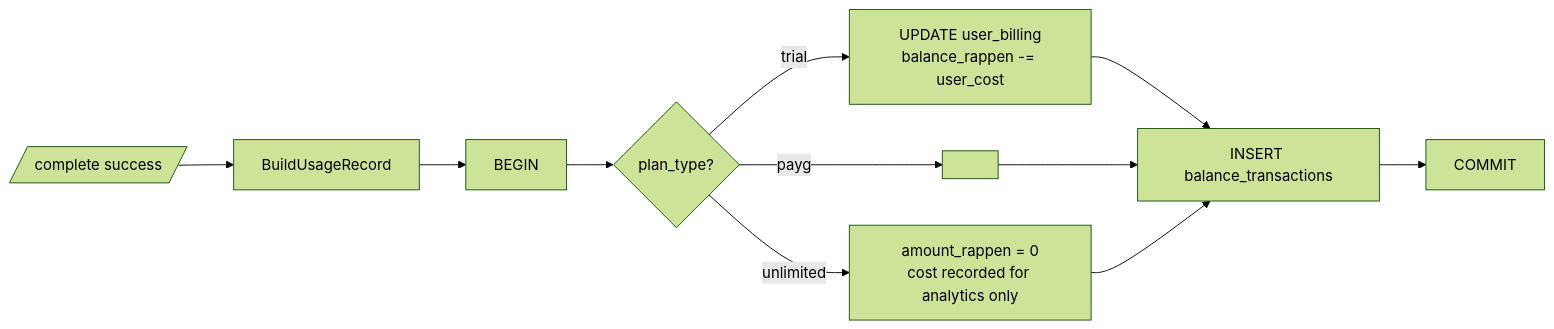
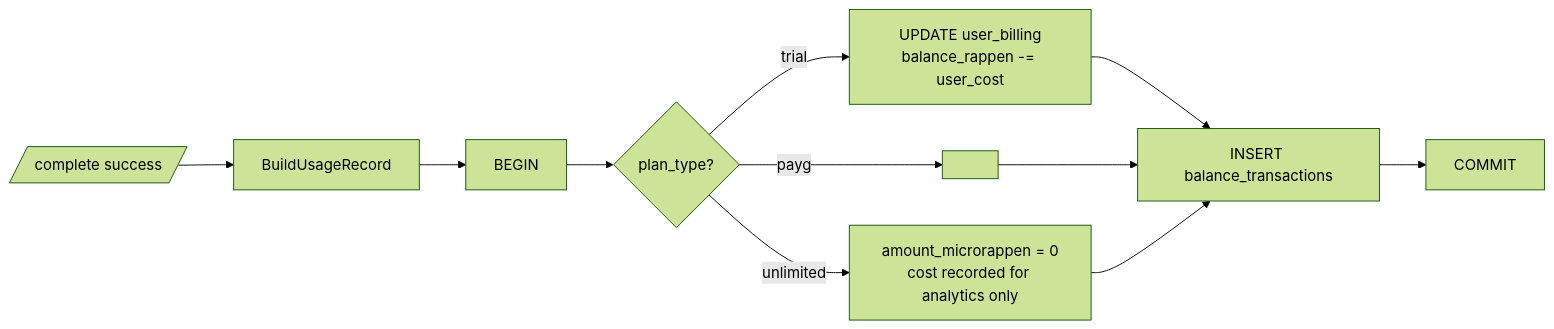
Before and after one commit to cognos-io/chat.cognos.io: the diagram in docs/business_processes/usage-ledger.md, drawn with Mermaid (forest theme). The commit also changed other lines of this file and 221 other files, not shown here.

````diff
--- a/docs/business_processes/usage-ledger.md
+++ b/docs/business_processes/usage-ledger.md
@@ -15,13 +15,13 @@
 ```mermaid
 flowchart LR
   C[/complete success/] --> B[BuildUsageRecord]
   B --> TX[BEGIN]
   TX --> T{plan_type?}
   T -- trial --> U[UPDATE user_billing<br/>balance_rappen -= user_cost]
   T -- payg --> N[ ]
-  T -- unlimited --> Z[amount_rappen = 0<br/>cost recorded for analytics only]
+  T -- unlimited --> Z[amount_microrappen = 0<br/>cost recorded for analytics only]
   U --> I[INSERT balance_transactions]
   N --> I
   Z --> I
   I --> CM[COMMIT]
 ```
````
